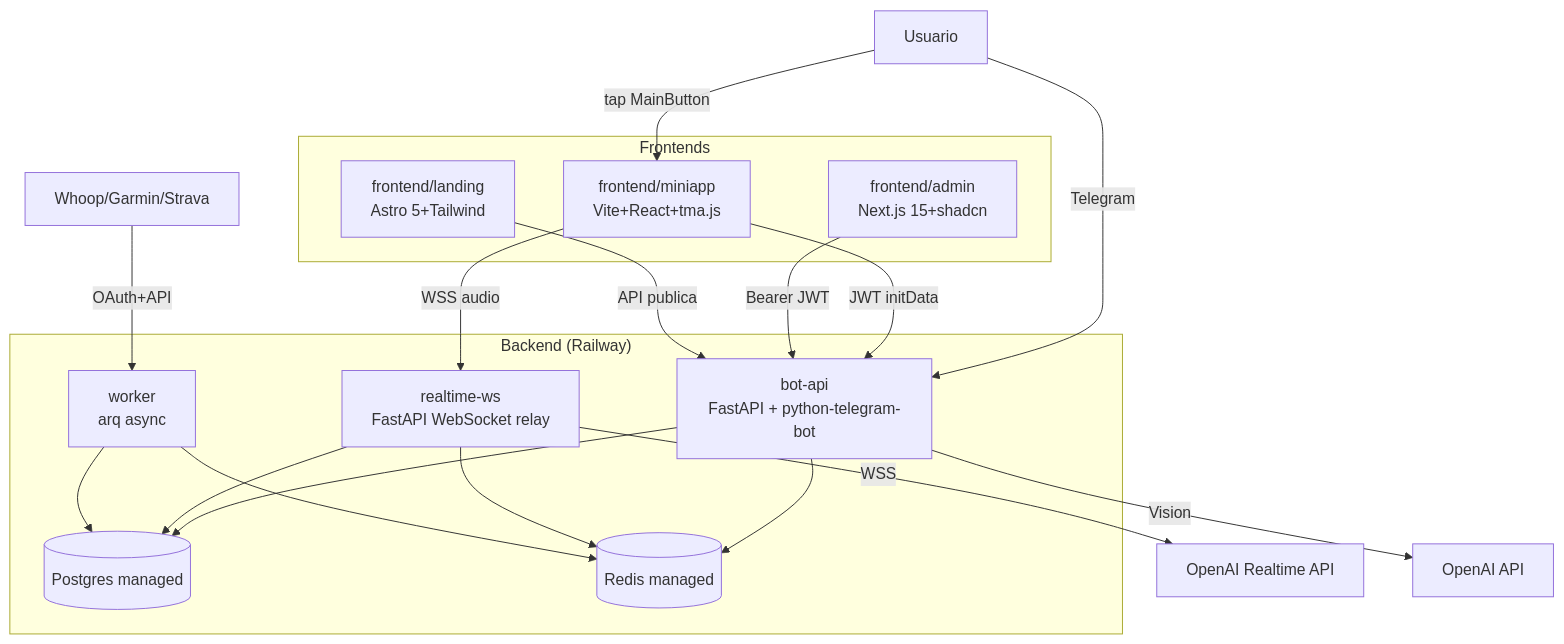
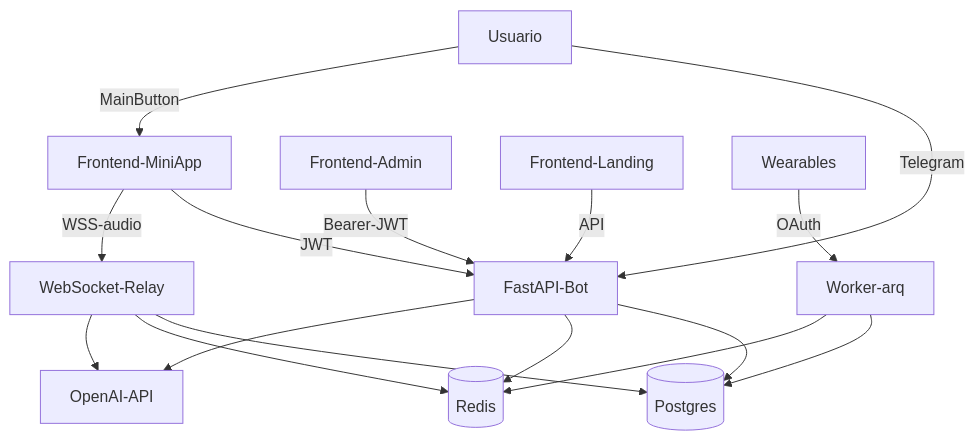
One commit to andres-ax/EntrenadorPersonal changed the first of 2 diagrams in INTERNAL_ARCHITECTURE.md. Above: the diagram before and after it, drawn with Mermaid. The commit also changed other lines of this file, not shown here.

````diff
--- a/INTERNAL_ARCHITECTURE.md
+++ b/INTERNAL_ARCHITECTURE.md
@@ -8,30 +24,31 @@
 ```mermaid
-flowchart TB
-    subgraph Frontends
-        MINIAPP["frontend/miniapp<br/>Vite+React+tma.js"]
-        ADMIN["frontend/admin<br/>Next.js 15+shadcn"]
-        LANDING["frontend/landing<br/>Astro 5+Tailwind"]
-    end
-    subgraph Backend["Backend (Railway)"]
-        BOT["bot-api<br/>FastAPI + python-telegram-bot"]
-        REALTIME["realtime-ws<br/>FastAPI WebSocket relay"]
-        WORKER["worker<br/>arq async"]
-        DB[("Postgres managed")]
-        REDIS[("Redis managed")]
-    end
-    USER["Usuario"] -- "Telegram" --> BOT
-    USER -- "tap MainButton" --> MINIAPP
-    MINIAPP -- "JWT initData" --> BOT
-    MINIAPP -- "WSS audio" --> REALTIME
-    REALTIME -- "WSS" --> OAI["OpenAI Realtime API"]
-    ADMIN -- "Bearer JWT" --> BOT
-    LANDING -- "API publica" --> BOT
-    WEARABLE["Whoop/Garmin/Strava"] -- "OAuth+API" --> WORKER
-    BOT --> DB
-    BOT --> REDIS
-    REALTIME --> DB
-    REALTIME --> REDIS
-    WORKER --> DB
-    WORKER --> REDIS
-    BOT -- "Vision" --> OPENAI["OpenAI API"]
+graph TB
+  USER[Usuario]
+  BOT[FastAPI-Bot]
+  MINIAPP[Frontend-MiniApp]
+  ADMIN[Frontend-Admin]
+  LANDING[Frontend-Landing]
+  REALTIME[WebSocket-Relay]
+  WORKER[Worker-arq]
+  DB[(Postgres)]
+  REDIS[(Redis)]
+  OAI[OpenAI-API]
+  WEARABLE[Wearables]
+  
+  USER -->|Telegram| BOT
+  USER -->|MainButton| MINIAPP
+  MINIAPP -->|JWT| BOT
+  MINIAPP -->|WSS-audio| REALTIME
+  ADMIN -->|Bearer-JWT| BOT
+  LANDING -->|API| BOT
+  WEARABLE -->|OAuth| WORKER
+  
+  BOT --> DB
+  BOT --> REDIS
+  REALTIME --> DB
+  REALTIME --> REDIS
+  WORKER --> DB
+  WORKER --> REDIS
+  BOT --> OAI
+  REALTIME --> OAI
 ```
````
